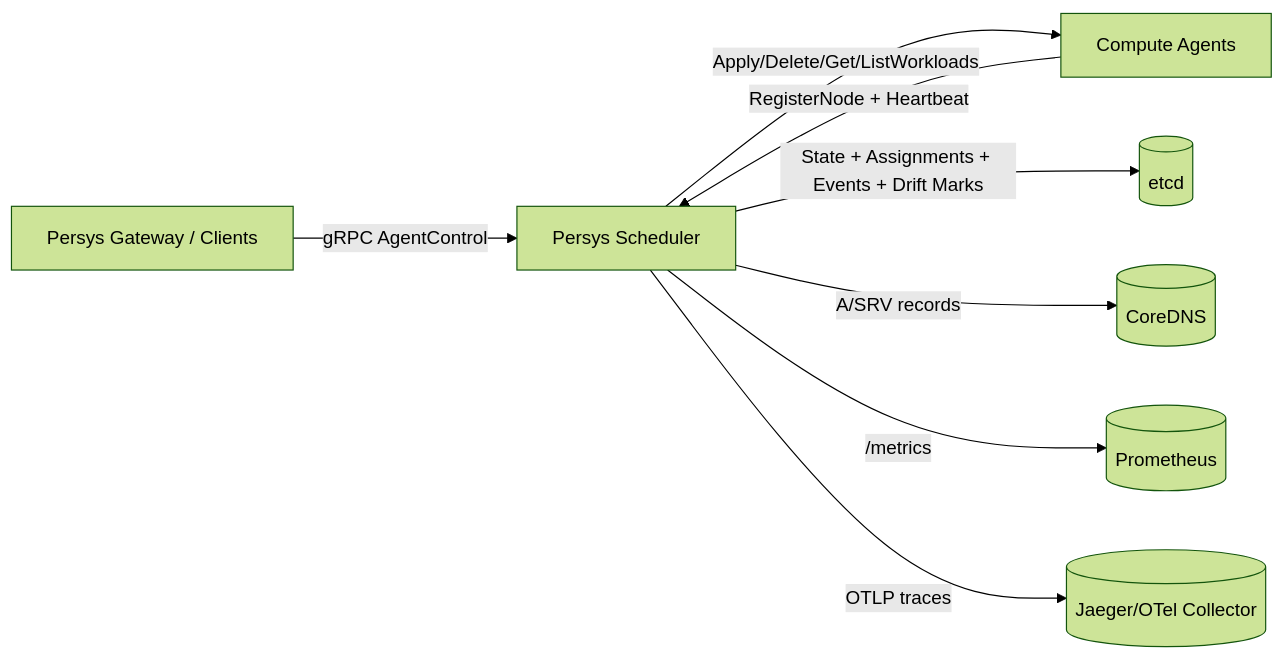
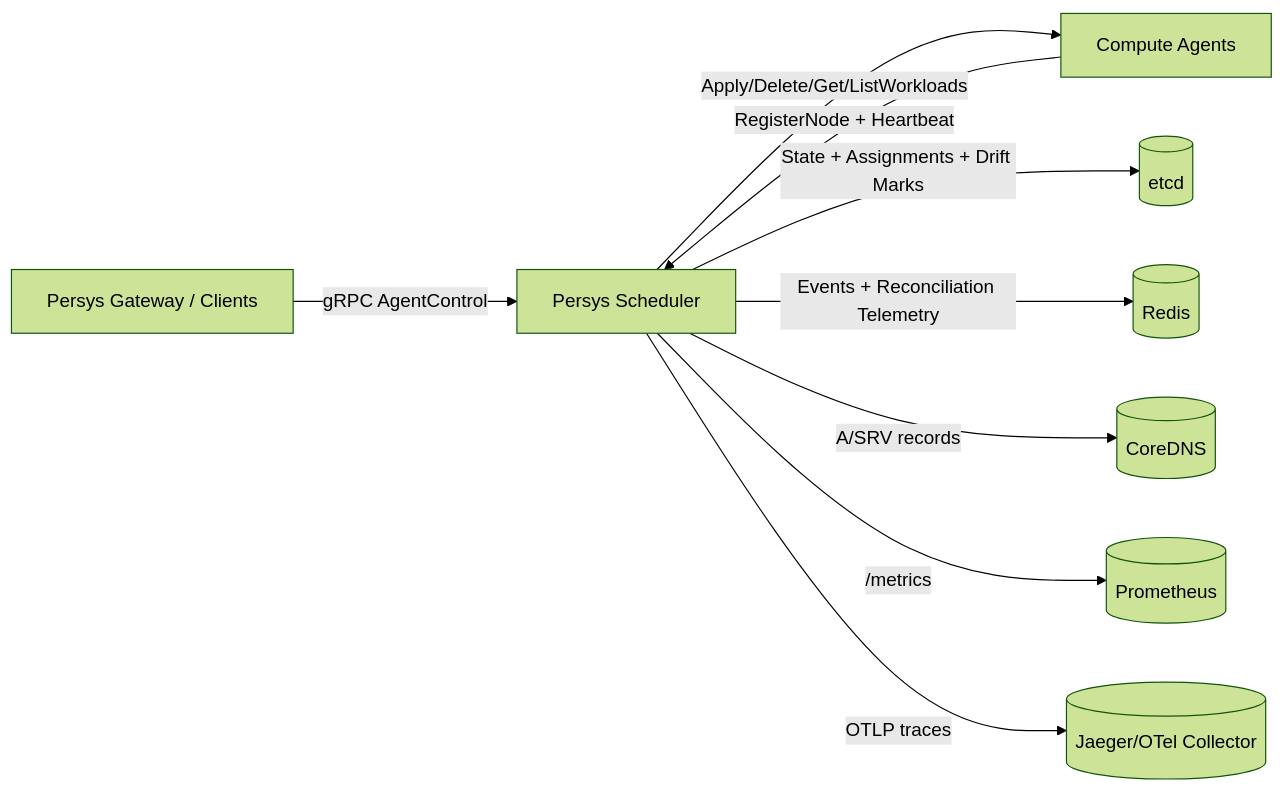
The diagram in persys-scheduler/README.md (persys-dev/persys-cloud), drawn with Mermaid (forest theme) before and after one commit. The commit also changed other lines of this file and 3 other files, not shown here.

````diff
--- a/persys-scheduler/README.md
+++ b/persys-scheduler/README.md
@@ -21,12 +22,13 @@
 ```mermaid
 flowchart LR
     GW[Persys Gateway / Clients] -->|gRPC AgentControl| SCH[Persys Scheduler]
     AG[Compute Agents] -->|RegisterNode + Heartbeat| SCH
     SCH -->|Apply/Delete/Get/ListWorkloads| AG
 
-    SCH -->|State + Assignments + Events + Drift Marks| ETCD[(etcd)]
+    SCH -->|State + Assignments + Drift Marks| ETCD[(etcd)]
+    SCH -->|Events + Reconciliation Telemetry| REDIS[(Redis)]
     SCH -->|A/SRV records| DNS[(CoreDNS)]
 
     SCH -->|/metrics| PROM[(Prometheus)]
     SCH -->|OTLP traces| OTLP[(Jaeger/OTel Collector)]
 ```
````
